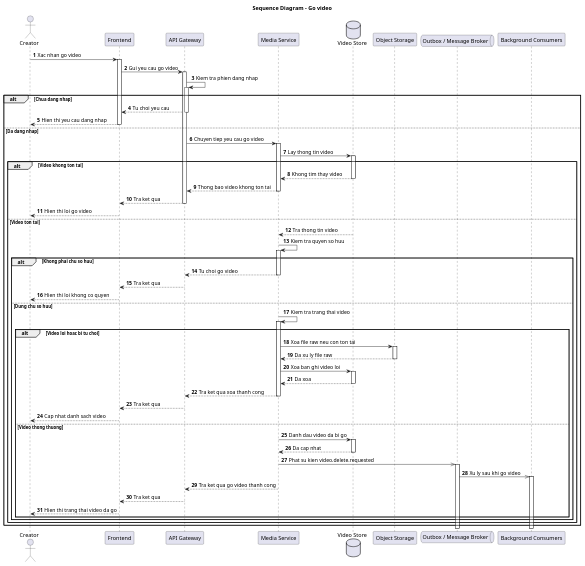
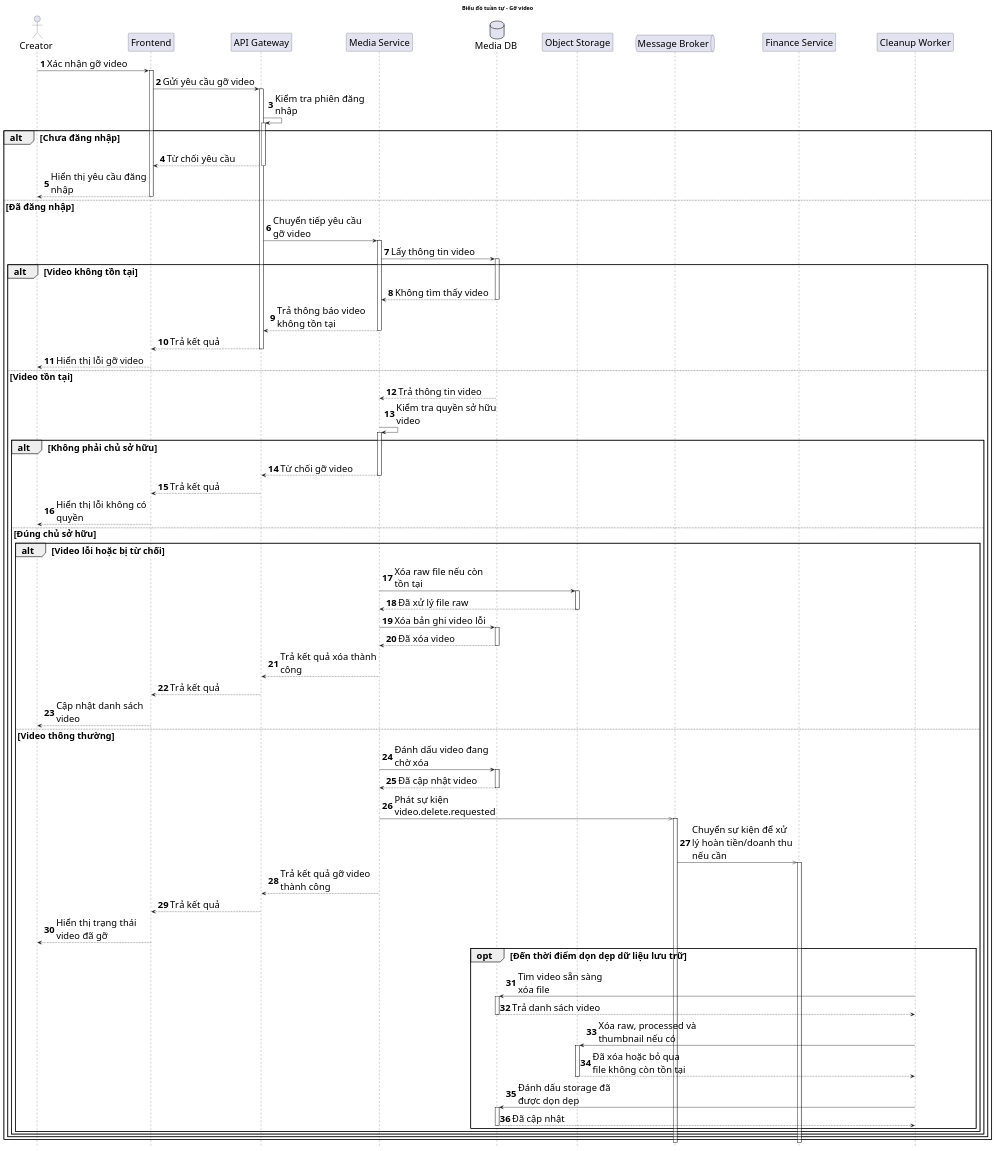
One commit to nanhph04/media-serivce-da changed the diagram in docs/sequence-diagrams/unpublish-video.puml. Above: the diagram before and after it, drawn with PlantUML. The commit also changed 36 other files, not shown here.

First line of the commit message:
Refactor and enhance activity and sequence diagrams for video management and admin channel locking

```diff
--- a/docs/sequence-diagrams/unpublish-video.puml
+++ b/docs/sequence-diagrams/unpublish-video.puml
@@ -1,63 +1,83 @@
 @startuml
-title Sequence Diagram - Go video
+title Biểu đồ tuần tự - Gỡ video
 autonumber
 autoactivate on
+hide footbox
+
+skinparam maxMessageSize 260
+skinparam ParticipantPadding 48
+skinparam defaultFontSize 24
+skinparam sequence {
+  ActorFontSize 24
+  ParticipantFontSize 24
+  MessageFontSize 23
+  GroupFontSize 23
+  ReferenceFontSize 23
+}
 
 actor "Creator" as Creator
 participant "Frontend" as FE
 participant "API Gateway" as GW
 participant "Media Service" as MS
-database "Video Store" as VideoStore
+database "Media DB" as DB
 participant "Object Storage" as Storage
-queue "Outbox / Message Broker" as Broker
-participant "Background Consumers" as Consumers
+queue "Message Broker" as Broker
+participant "Finance Service" as Finance
+participant "Cleanup Worker" as Worker
 
-Creator -> FE: Xac nhan go video
-FE -> GW: Gui yeu cau go video
-GW -> GW: Kiem tra phien dang nhap
+Creator -> FE: Xác nhận gỡ video
+FE -> GW: Gửi yêu cầu gỡ video
+GW -> GW: Kiểm tra phiên đăng nhập
 
-alt Chua dang nhap
-  GW --> FE: Tu choi yeu cau
-  FE --> Creator: Hien thi yeu cau dang nhap
-else Da dang nhap
-  GW -> MS: Chuyen tiep yeu cau go video
-  MS -> VideoStore: Lay thong tin video
+alt Chưa đăng nhập
+  GW --> FE: Từ chối yêu cầu
+  FE --> Creator: Hiển thị yêu cầu đăng nhập
+else Đã đăng nhập
+  GW -> MS: Chuyển tiếp yêu cầu gỡ video
+  MS -> DB: Lấy thông tin video
 
-  alt Video khong ton tai
-    VideoStore --> MS: Khong tim thay video
-    MS --> GW: Thong bao video khong ton tai
-    GW --> FE: Tra ket qua
-    FE --> Creator: Hien thi loi go video
-  else Video ton tai
-    VideoStore --> MS: Tra thong tin video
-    MS -> MS: Kiem tra quyen so huu
+  alt Video không tồn tại
+    DB --> MS: Không tìm thấy video
+    MS --> GW: Trả thông báo video không tồn tại
+    GW --> FE: Trả kết quả
+    FE --> Creator: Hiển thị lỗi gỡ video
+  else Video tồn tại
+    DB --> MS: Trả thông tin video
+    MS -> MS: Kiểm tra quyền sở hữu video
 
-    alt Khong phai chu so huu
-      MS --> GW: Tu choi go video
-      GW --> FE: Tra ket qua
-      FE --> Creator: Hien thi loi khong co quyen
-    else Dung chu so huu
-      MS -> MS: Kiem tra trang thai video
+    alt Không phải chủ sở hữu
+      MS --> GW: Từ chối gỡ video
+      GW --> FE: Trả kết quả
+      FE --> Creator: Hiển thị lỗi không có quyền
+    else Đúng chủ sở hữu
+      alt Video lỗi hoặc bị từ chối
+        MS -> Storage: Xóa raw file nếu còn tồn tại
+        Storage --> MS: Đã xử lý file raw
+        MS -> DB: Xóa bản ghi video lỗi
+        DB --> MS: Đã xóa video
+        MS --> GW: Trả kết quả xóa thành công
+        GW --> FE: Trả kết quả
+        FE --> Creator: Cập nhật danh sách video
+      else Video thông thường
+        MS -> DB: Đánh dấu video đang chờ xóa
+        DB --> MS: Đã cập nhật video
+        MS ->> Broker: Phát sự kiện video.delete.requested
+        Broker ->> Finance: Chuyển sự kiện để xử lý hoàn tiền/doanh thu nếu cần
+        MS --> GW: Trả kết quả gỡ video thành công
+        GW --> FE: Trả kết quả
+        FE --> Creator: Hiển thị trạng thái video đã gỡ
 
-      alt Video loi hoac bi tu choi
-        MS -> Storage: Xoa file raw neu con ton tai
-        Storage --> MS: Da xu ly file raw
-        MS -> VideoStore: Xoa ban ghi video loi
-        VideoStore --> MS: Da xoa
-        MS --> GW: Tra ket qua xoa thanh cong
-        GW --> FE: Tra ket qua
-        FE --> Creator: Cap nhat danh sach video
-      else Video thong thuong
-        MS -> VideoStore: Danh dau video da bi go
-        VideoStore --> MS: Da cap nhat
-        MS ->> Broker: Phat su kien video.delete.requested
-        Broker ->> Consumers: Xu ly sau khi go video
-        MS --> GW: Tra ket qua go video thanh cong
-        GW --> FE: Tra ket qua
-        FE --> Creator: Hien thi trang thai video da go
+        opt Đến thời điểm dọn dẹp dữ liệu lưu trữ
+          Worker -> DB: Tìm video sẵn sàng xóa file
+          DB --> Worker: Trả danh sách video
+          Worker -> Storage: Xóa raw, processed và thumbnail nếu có
+          Storage --> Worker: Đã xóa hoặc bỏ qua file không còn tồn tại
+          Worker -> DB: Đánh dấu storage đã được dọn dẹp
+          DB --> Worker: Đã cập nhật
+        end
       end
     end
   end
 end
 
 @enduml
```
